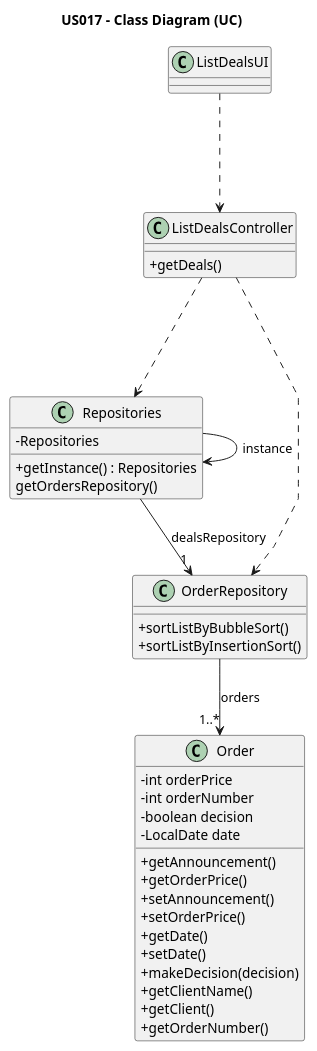
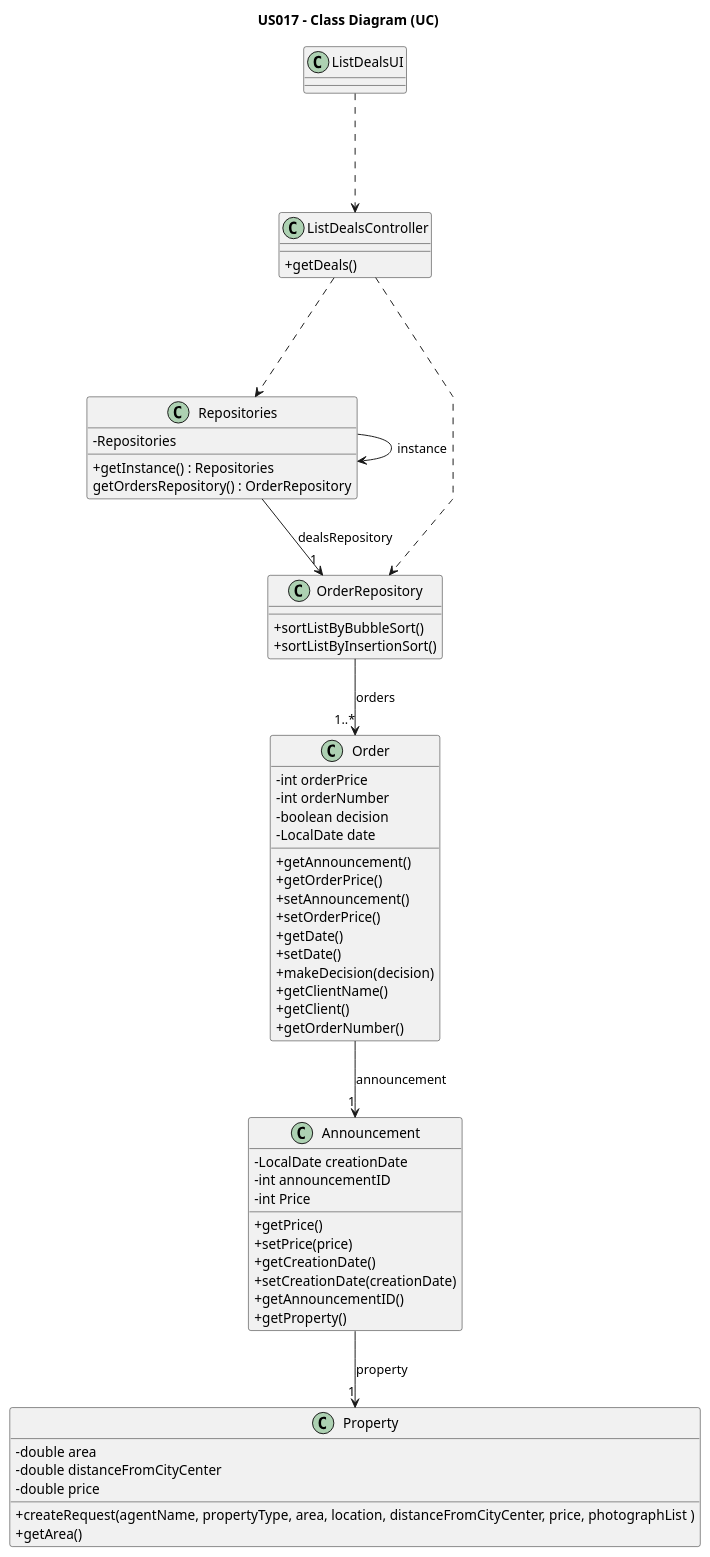
Before and after one commit to 1220812/LAPR2: the diagram in docs/sprintD/us017/03.design/puml/us017-class-diagram.puml, drawn with PlantUML. The commit also changed 12 other files, not shown here.

Commit message:
US017 sequence diagram and class diagram updated

```diff
--- a/docs/sprintD/us017/03.design/puml/us017-class-diagram.puml
+++ b/docs/sprintD/us017/03.design/puml/us017-class-diagram.puml
@@ -1,59 +1,83 @@
 @startuml
 'skinparam monochrome true
 skinparam packageStyle rectangle
 skinparam shadowing false
 skinparam linetype polyline
 
 skinparam classAttributeIconSize 0
 
 
 Title US017 - Class Diagram (UC)
 
 class ListDealsUI{
 }
 
 class ListDealsController{
 +getDeals()
 }
 
 class Repositories{
 -Repositories
 +getInstance() : Repositories
-getOrdersRepository()
+getOrdersRepository() : OrderRepository
 }
 
 class OrderRepository{
 +sortListByBubbleSort()
 +sortListByInsertionSort()
 }
 
 class Order{
 -int orderPrice
 -int orderNumber
 -boolean decision
 -LocalDate date
 +getAnnouncement()
 +getOrderPrice()
 +setAnnouncement()
 +setOrderPrice()
 +getDate()
 +setDate()
 +makeDecision(decision)
 +getClientName()
 +getClient()
 +getOrderNumber()
 }
 
+class Announcement{
+    - LocalDate creationDate
+    - int announcementID
+    - int Price
+    + getPrice()
+    + setPrice(price)
+    + getCreationDate()
+    + setCreationDate(creationDate)
+    + getAnnouncementID()
+    + getProperty()
+}
+
+class Property{
+-double area
+-double distanceFromCityCenter
+-double price
++createRequest(agentName, propertyType, area, location, distanceFromCityCenter, price, photographList )
++getArea()
+}
+
 ListDealsUI -.-> ListDealsController
 
 ListDealsController -.-> Repositories
 
 Repositories -> Repositories : instance
 
 Repositories --> "1" OrderRepository : dealsRepository
 
 ListDealsController -.-> OrderRepository
 
 OrderRepository --> "1..*" Order : orders
 
+Order --> "1" Announcement : announcement
+
+Announcement --> "1" Property : property
+
 @enduml
```
